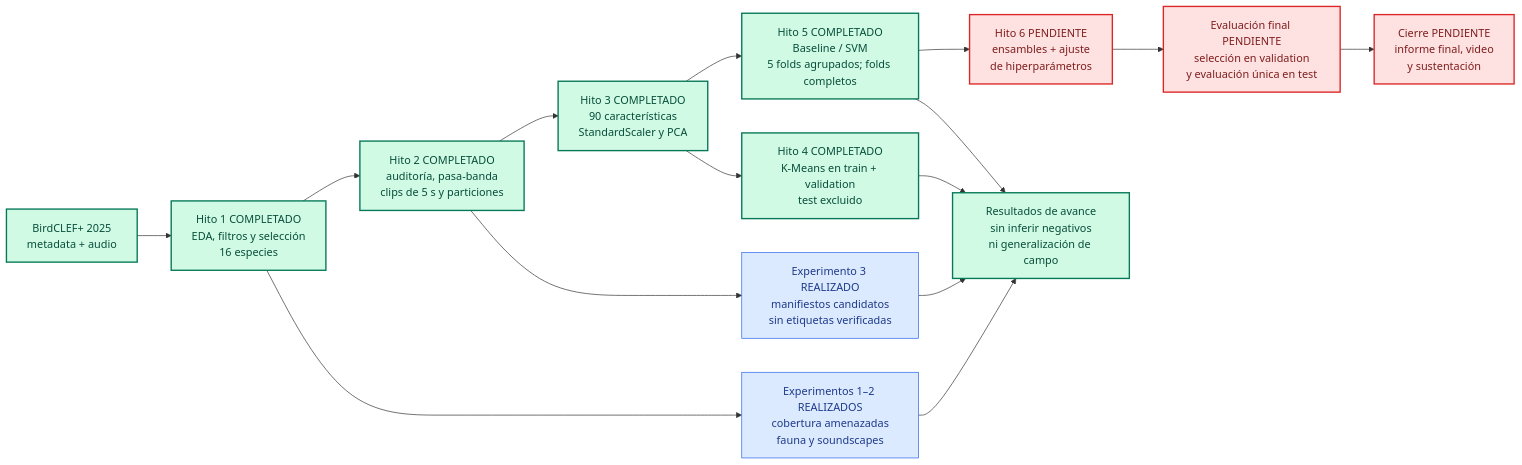
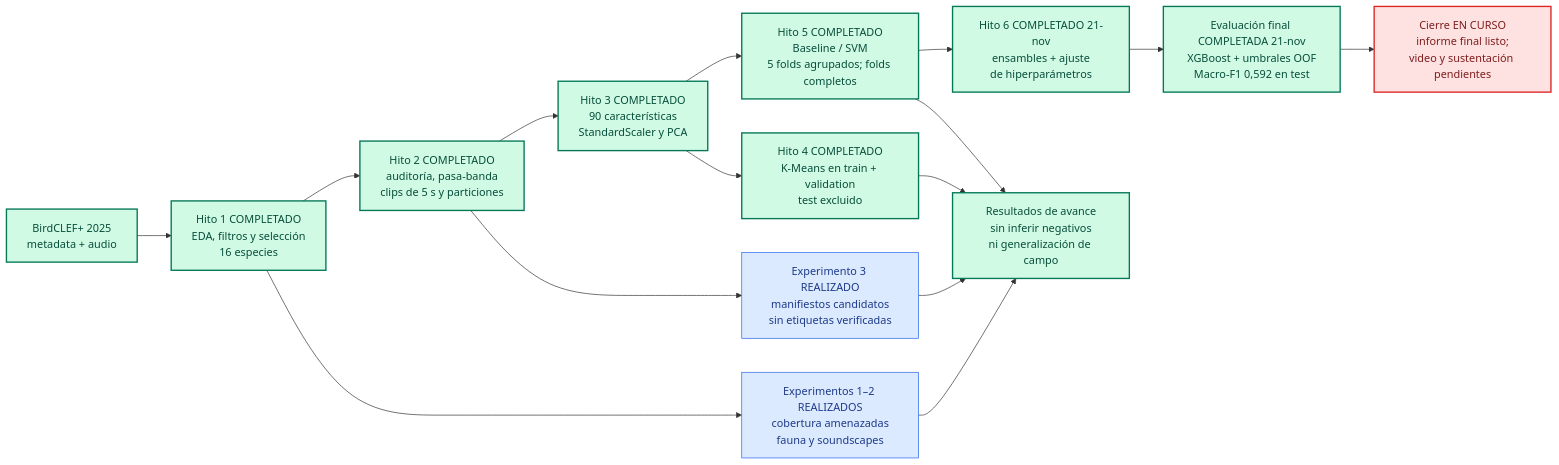
Before and after one commit to veroserna/Proyecto-1-MIAA: the diagram in docs/informe_hitos_1_4_y_experimentos.md, drawn with Mermaid. The commit also changed other lines of this file and 3 other files, not shown here.

````diff
--- a/docs/informe_hitos_1_4_y_experimentos.md
+++ b/docs/informe_hitos_1_4_y_experimentos.md
@@ -52,24 +52,24 @@
 ```mermaid
 flowchart LR
     A[BirdCLEF+ 2025<br/>metadata + audio] --> B[Hito 1 COMPLETADO<br/>EDA, filtros y selección<br/>16 especies]
     B --> C[Hito 2 COMPLETADO<br/>auditoría, pasa-banda<br/>clips de 5 s y particiones]
     C --> D[Hito 3 COMPLETADO<br/>90 características<br/>StandardScaler y PCA]
     D --> E[Hito 4 COMPLETADO<br/>K-Means en train + validation<br/>test excluido]
     D --> F[Hito 5 COMPLETADO<br/>Baseline / SVM<br/>5 folds agrupados; folds completos]
-    F --> G[Hito 6 PENDIENTE<br/>ensambles + ajuste<br/>de hiperparámetros]
-    G --> H[Evaluación final PENDIENTE<br/>selección en validation<br/>y evaluación única en test]
-    H --> I[Cierre PENDIENTE<br/>informe final, video<br/>y sustentación]
+    F --> G[Hito 6 COMPLETADO 21-nov<br/>ensambles + ajuste<br/>de hiperparámetros]
+    G --> H[Evaluación final COMPLETADA 21-nov<br/>XGBoost + umbrales OOF<br/>Macro-F1 0,592 en test]
+    H --> I[Cierre EN CURSO<br/>informe final listo;<br/>video y sustentación pendientes]
     B --> J[Experimentos 1–2 REALIZADOS<br/>cobertura amenazadas<br/>fauna y soundscapes]
     C --> K[Experimento 3 REALIZADO<br/>manifiestos candidatos<br/>sin etiquetas verificadas]
     J --> L[Resultados de avance<br/>sin inferir negativos<br/>ni generalización de campo]
     K --> L
     E --> L
     F --> L
     classDef done fill:#d1fae5,stroke:#047857,color:#064e3b,stroke-width:2px;
     classDef pending fill:#fee2e2,stroke:#dc2626,color:#7f1d1d,stroke-width:2px;
     classDef experiment fill:#dbeafe,stroke:#2563eb,color:#1e3a8a;
     class A,B,C,D,E,L done;
-    class F done;
-    class G,H,I pending;
+    class F,G,H done;
+    class I pending;
     class J,K experiment;
 ```
````
